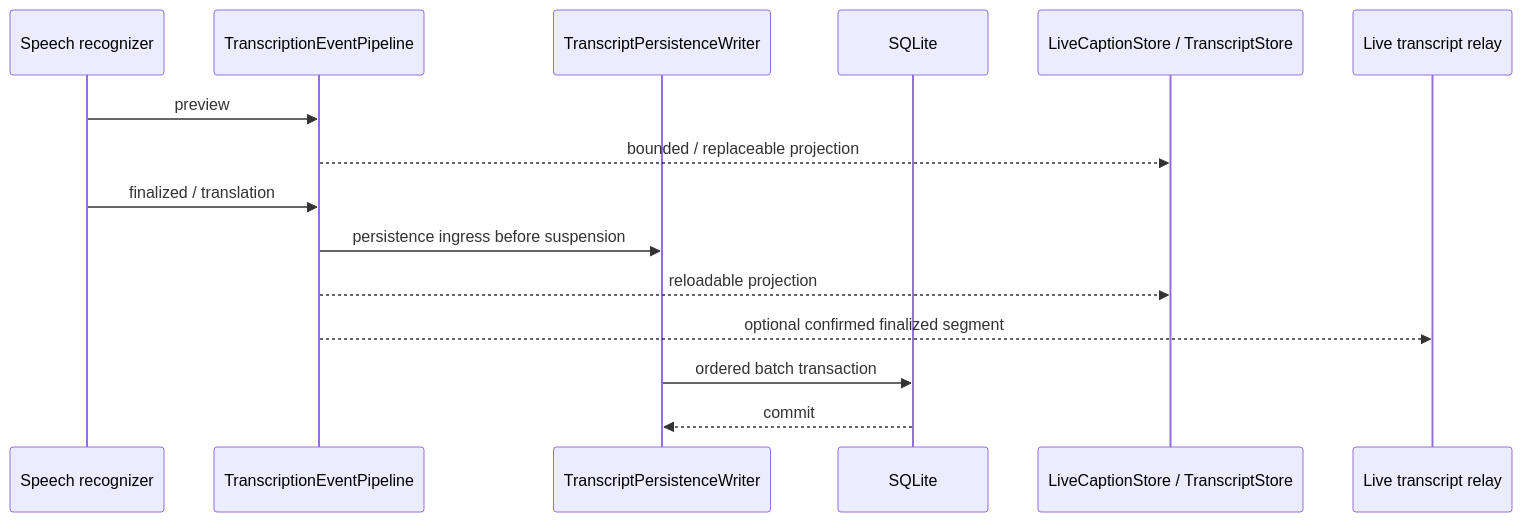
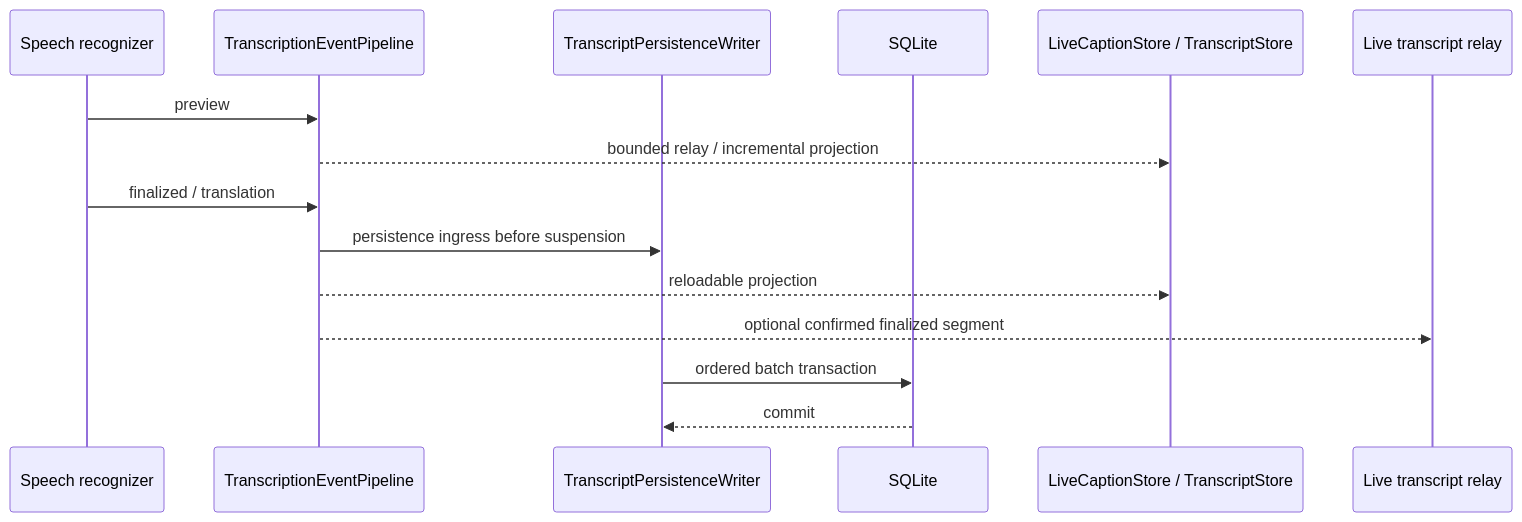
Before and after one commit to dahlia-org/dahlia: the third of 5 diagrams in docs/architecture/audio-transcription-data-flow.md, drawn with Mermaid. The commit also changed other lines of this file and 11 other files, not shown here.

````diff
--- a/docs/architecture/audio-transcription-data-flow.md
+++ b/docs/architecture/audio-transcription-data-flow.md
@@ -184,19 +184,19 @@
 ```mermaid
 sequenceDiagram
     participant Speech as Speech recognizer
     participant Pipeline as TranscriptionEventPipeline
     participant Persist as TranscriptPersistenceWriter
     participant DB as SQLite
     participant UI as LiveCaptionStore / TranscriptStore
     participant Chat as Live transcript relay
 
     Speech->>Pipeline: preview
-    Pipeline-->>UI: bounded / replaceable projection
+    Pipeline-->>UI: bounded relay / incremental projection
 
     Speech->>Pipeline: finalized / translation
     Pipeline->>Persist: persistence ingress before suspension
     Pipeline-->>UI: reloadable projection
     Pipeline-->>Chat: optional confirmed finalized segment
     Persist->>DB: ordered batch transaction
     DB-->>Persist: commit
 ```
````
